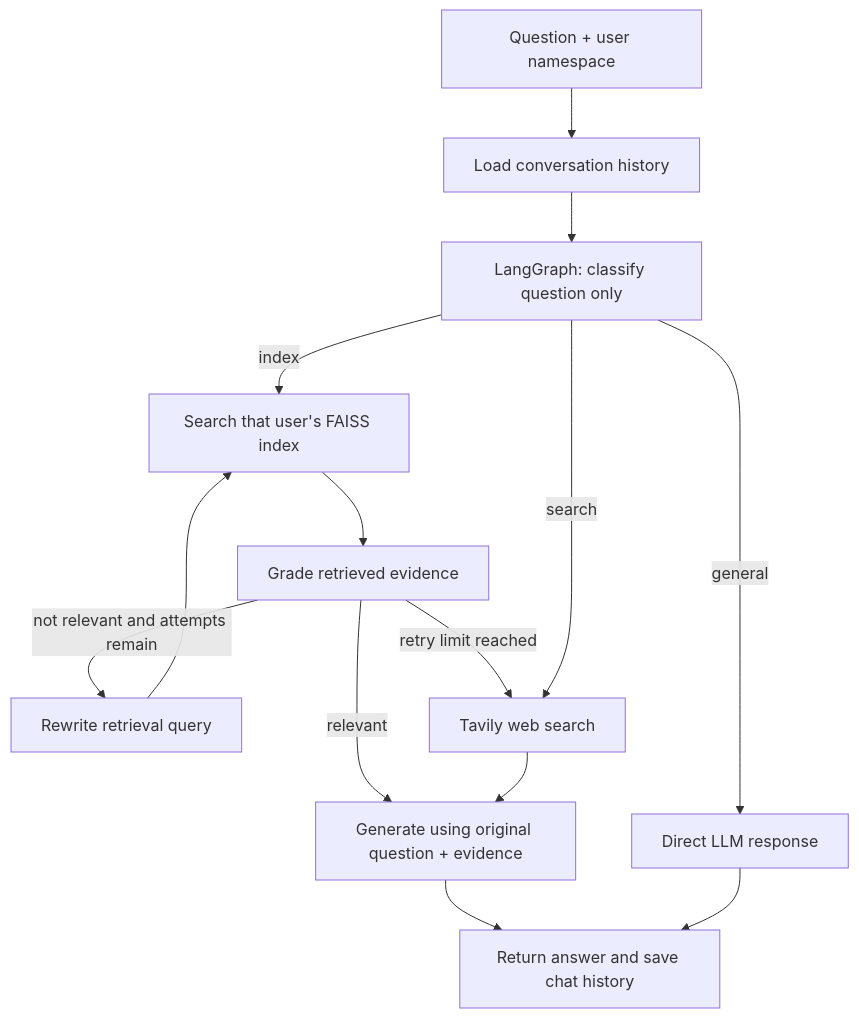
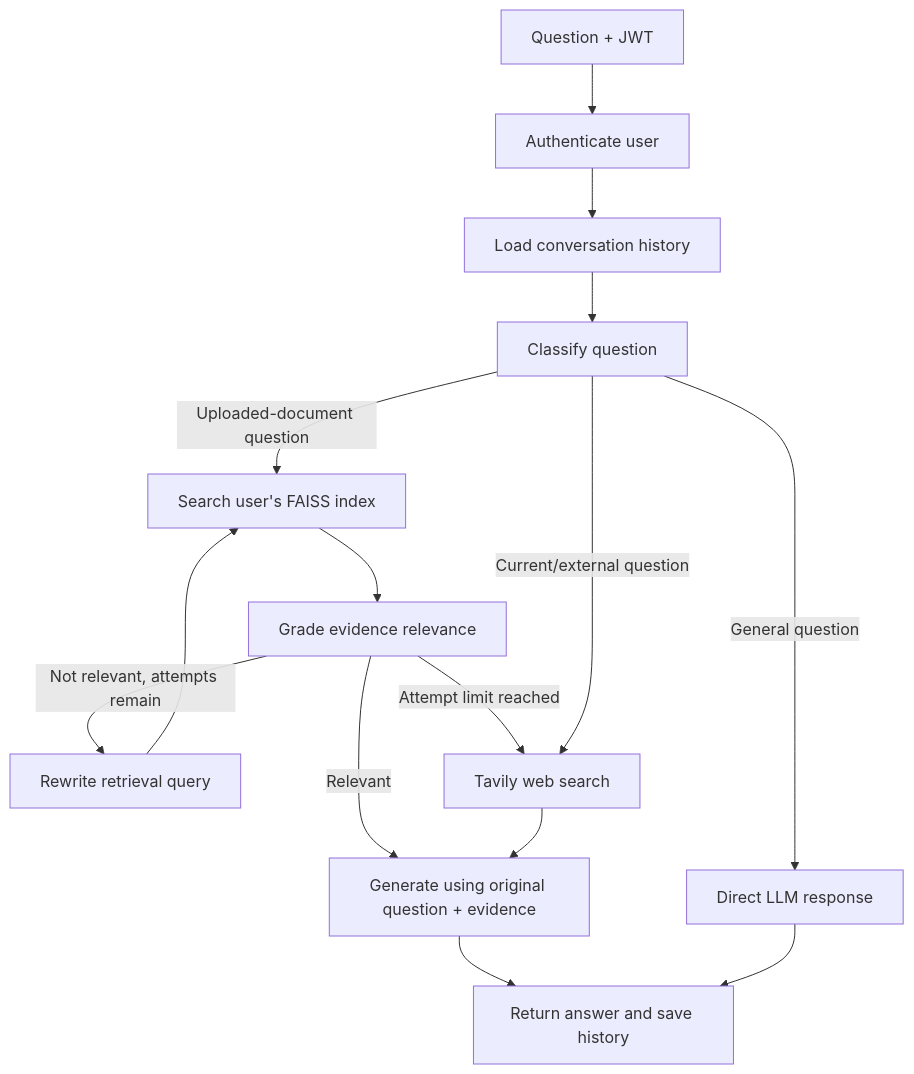
The third of 3 diagrams in README.md (Lemniscate-2525/Adaptive_Rag_Model), drawn with Mermaid before and after one commit. The commit also changed other lines of this file, not shown here.

Commit message:
docs: document authenticated deployment and durable multi-user storage

````diff
--- a/README.md
+++ b/README.md
@@ -34,16 +61,17 @@
 ```mermaid
 flowchart TD
-    A[Question + user namespace] --> B[Load conversation history]
-    B --> C[LangGraph: classify question only]
-    C -->|index| D[Search that user's FAISS index]
-    D --> E[Grade retrieved evidence]
-    E -->|relevant| F[Generate using original question + evidence]
-    E -->|not relevant and attempts remain| G[Rewrite retrieval query]
-    G --> D
-    E -->|retry limit reached| H[Tavily web search]
-    C -->|general| I[Direct LLM response]
-    C -->|search| H
-    H --> F
-    F --> J[Return answer and save chat history]
-    I --> J
+    A[Question + JWT] --> B[Authenticate user]
+    B --> C[Load conversation history]
+    C --> D[Classify question]
+    D -->|Uploaded-document question| E[Search user's FAISS index]
+    E --> F[Grade evidence relevance]
+    F -->|Relevant| G[Generate using original question + evidence]
+    F -->|Not relevant, attempts remain| H[Rewrite retrieval query]
+    H --> E
+    F -->|Attempt limit reached| I[Tavily web search]
+    D -->|General question| J[Direct LLM response]
+    D -->|Current/external question| I
+    I --> G
+    G --> K[Return answer and save history]
+    J --> K
 ```
````
